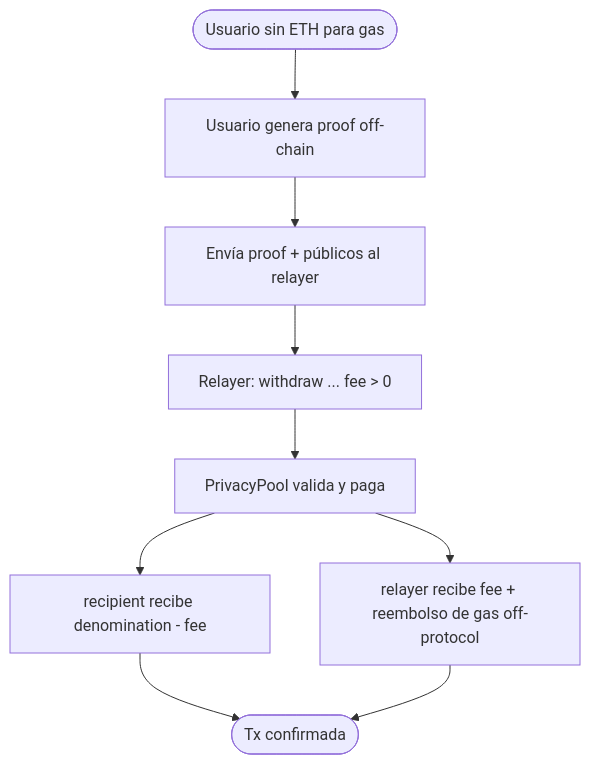
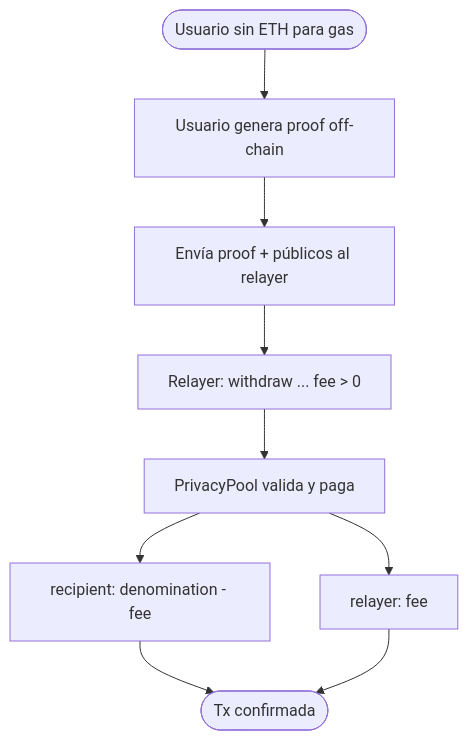
The fifth of 5 diagrams in doc/flujograma.md (rastrahm/zk-snarks-privacy), drawn with Mermaid before and after one commit. The commit also changed other lines of this file and 15 other files, not shown here.

````diff
--- a/doc/flujograma.md
+++ b/doc/flujograma.md
@@ -95,11 +95,11 @@
 ```mermaid
 flowchart TD
     Start([Usuario sin ETH para gas]) --> Build[Usuario genera proof off-chain]
     Build --> Send[Envía proof + públicos al relayer]
     Send --> Rel[Relayer: withdraw ... fee > 0]
     Rel --> Pool[PrivacyPool valida y paga]
-    Pool --> U[recipient recibe denomination - fee]
-    Pool --> R[relayer recibe fee + reembolso de gas off-protocol]
+    Pool --> U[recipient: denomination - fee]
+    Pool --> R[relayer: fee]
     U --> Done([Tx confirmada])
     R --> Done
 ```
````
